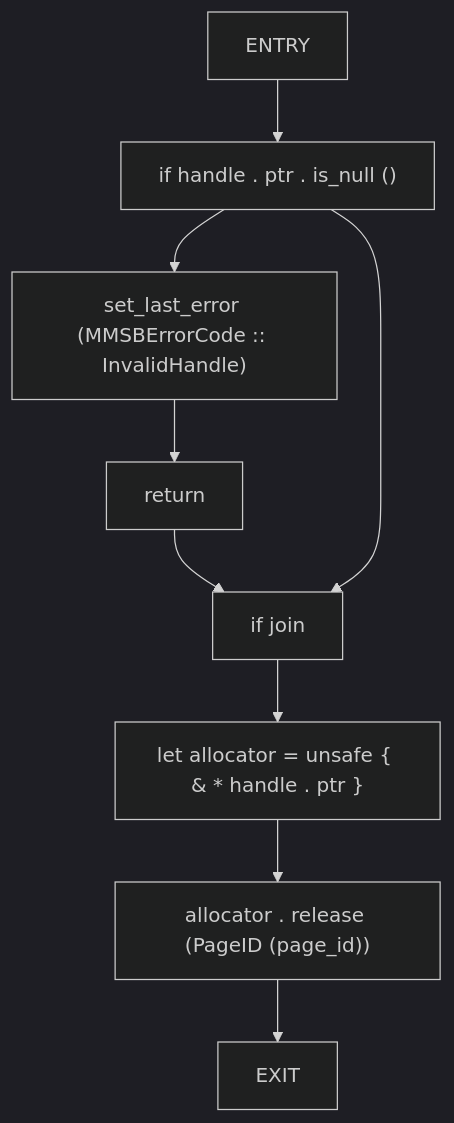
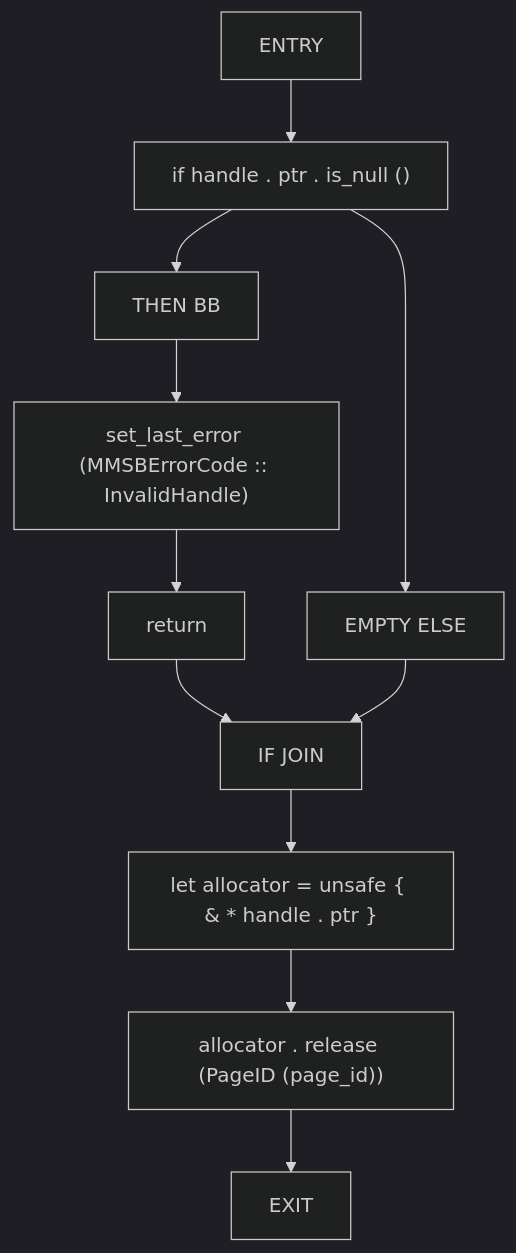
Diagram 11 of 56 in docs/analysis/cfg/080-src-ffi_rs.md (cicero-violate/MMSB), drawn with Mermaid (dark theme) before and after one commit. The commit also changed other lines of this file and 865 other files, not shown here.

````diff
--- a/docs/analysis/cfg/080-src-ffi_rs.md
+++ b/docs/analysis/cfg/080-src-ffi_rs.md
@@ -328,19 +360,23 @@
 ```mermaid
 flowchart TD
     mmsb_allocator_release_0["ENTRY"]
     mmsb_allocator_release_1["if handle . ptr . is_null ()"]
-    mmsb_allocator_release_2["set_last_error (MMSBErrorCode :: InvalidHandle)"]
-    mmsb_allocator_release_3["return"]
-    mmsb_allocator_release_4["if join"]
-    mmsb_allocator_release_5["let allocator = unsafe { & * handle . ptr }"]
-    mmsb_allocator_release_6["allocator . release (PageID (page_id))"]
-    mmsb_allocator_release_7["EXIT"]
+    mmsb_allocator_release_2["THEN BB"]
+    mmsb_allocator_release_3["set_last_error (MMSBErrorCode :: InvalidHandle)"]
+    mmsb_allocator_release_4["return"]
+    mmsb_allocator_release_5["EMPTY ELSE"]
+    mmsb_allocator_release_6["IF JOIN"]
+    mmsb_allocator_release_7["let allocator = unsafe { & * handle . ptr }"]
+    mmsb_allocator_release_8["allocator . release (PageID (page_id))"]
+    mmsb_allocator_release_9["EXIT"]
     mmsb_allocator_release_0 --> mmsb_allocator_release_1
     mmsb_allocator_release_1 --> mmsb_allocator_release_2
     mmsb_allocator_release_2 --> mmsb_allocator_release_3
     mmsb_allocator_release_3 --> mmsb_allocator_release_4
-    mmsb_allocator_release_1 --> mmsb_allocator_release_4
-    mmsb_allocator_release_4 --> mmsb_allocator_release_5
+    mmsb_allocator_release_1 --> mmsb_allocator_release_5
+    mmsb_allocator_release_4 --> mmsb_allocator_release_6
     mmsb_allocator_release_5 --> mmsb_allocator_release_6
     mmsb_allocator_release_6 --> mmsb_allocator_release_7
+    mmsb_allocator_release_7 --> mmsb_allocator_release_8
+    mmsb_allocator_release_8 --> mmsb_allocator_release_9
 ```
````
